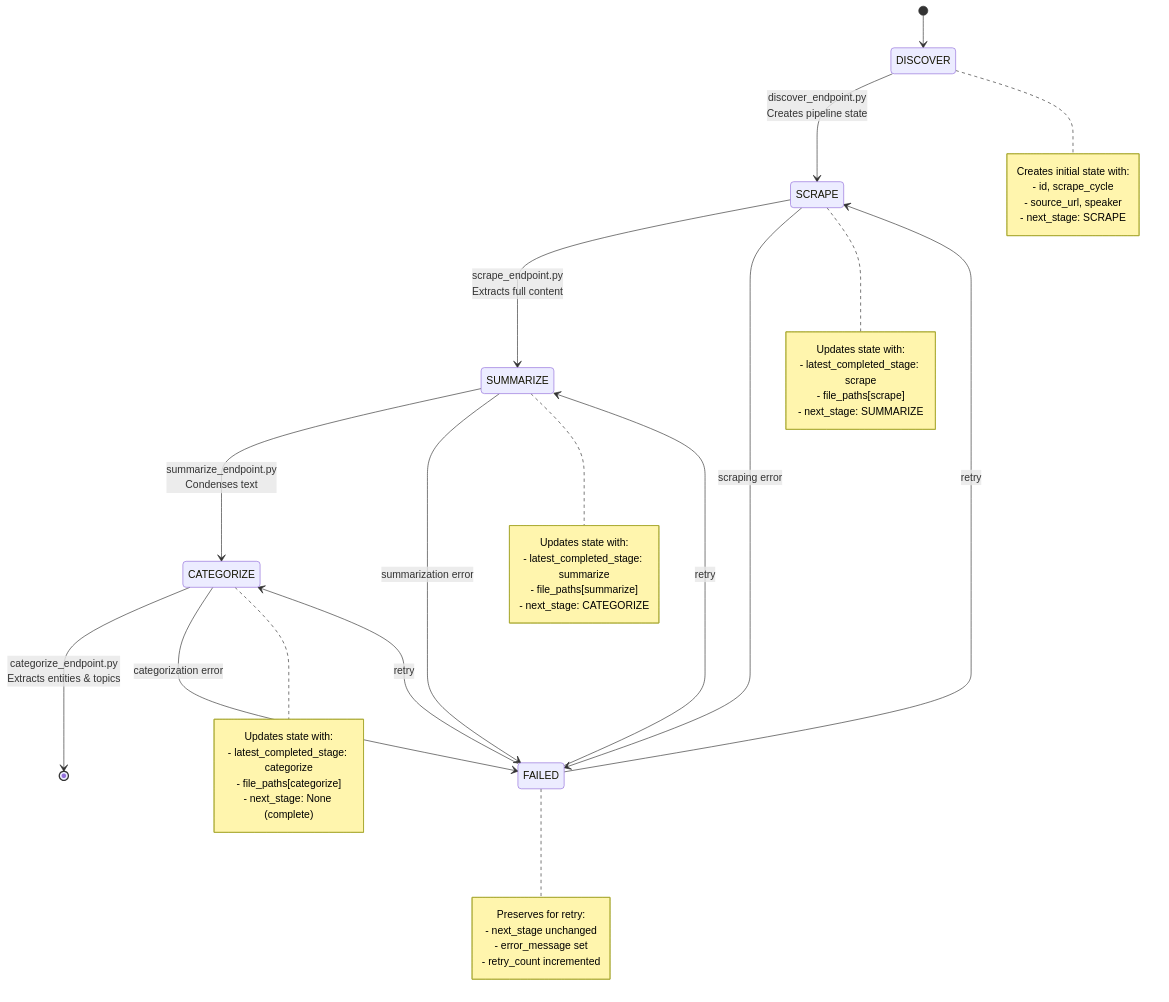
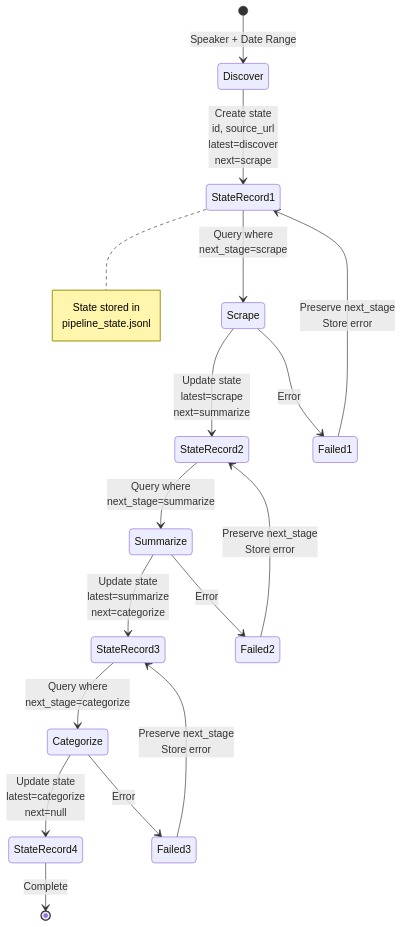
Before and after one commit to dmitriyratu/DiscourseKG: the second of 4 diagrams in documentation/architecture.md, drawn with Mermaid. The commit also changed other lines of this file and 44 other files, not shown here.

First line of the commit message:
feat: enhance DiscourseKG with new graph processing stage and dependencies

````diff
--- a/documentation/architecture.md
+++ b/documentation/architecture.md
@@ -84,55 +95,32 @@
 ```mermaid
 stateDiagram-v2
-    [*] --> DISCOVER
+    [*] --> Discover: Speaker + Date Range
     
-    DISCOVER --> SCRAPE: discover_endpoint.py<br/>Creates pipeline state
+    Discover --> StateRecord1: Create state<br/>id, source_url<br/>latest=discover<br/>next=scrape
     
-    SCRAPE --> SUMMARIZE: scrape_endpoint.py<br/>Extracts full content
+    StateRecord1 --> Scrape: Query where<br/>next_stage=scrape
     
-    SUMMARIZE --> CATEGORIZE: summarize_endpoint.py<br/>Condenses text
+    Scrape --> StateRecord2: Update state<br/>latest=scrape<br/>next=summarize
+    Scrape --> Failed1: Error
     
-    CATEGORIZE --> [*]: categorize_endpoint.py<br/>Extracts entities & topics
+    StateRecord2 --> Summarize: Query where<br/>next_stage=summarize
     
-    SCRAPE --> FAILED: scraping error
-    SUMMARIZE --> FAILED: summarization error
-    CATEGORIZE --> FAILED: categorization error
+    Summarize --> StateRecord3: Update state<br/>latest=summarize<br/>next=categorize
+    Summarize --> Failed2: Error
     
-    FAILED --> SCRAPE: retry
-    FAILED --> SUMMARIZE: retry
-    FAILED --> CATEGORIZE: retry
+    StateRecord3 --> Categorize: Query where<br/>next_stage=categorize
     
-    note right of DISCOVER
-        Creates initial state with:
-        - id, scrape_cycle
-        - source_url, speaker
-        - next_stage: SCRAPE
-    end note
+    Categorize --> StateRecord4: Update state<br/>latest=categorize<br/>next=null
+    Categorize --> Failed3: Error
     
-    note right of SCRAPE
-        Updates state with:
-        - latest_completed_stage: scrape
-        - file_paths[scrape]
-        - next_stage: SUMMARIZE
-    end note
+    StateRecord4 --> [*]: Complete
     
-    note right of SUMMARIZE
-        Updates state with:
-        - latest_completed_stage: summarize
-        - file_paths[summarize]
-        - next_stage: CATEGORIZE
-    end note
+    Failed1 --> StateRecord1: Preserve next_stage<br/>Store error
+    Failed2 --> StateRecord2: Preserve next_stage<br/>Store error
+    Failed3 --> StateRecord3: Preserve next_stage<br/>Store error
     
-    note right of CATEGORIZE
-        Updates state with:
-        - latest_completed_stage: categorize
-        - file_paths[categorize]
-        - next_stage: None (complete)
-    end note
-    
-    note right of FAILED
-        Preserves for retry:
-        - next_stage unchanged
-        - error_message set
-        - retry_count incremented
+    note right of StateRecord1
+        State stored in
+        pipeline_state.jsonl
     end note
 ```
````
